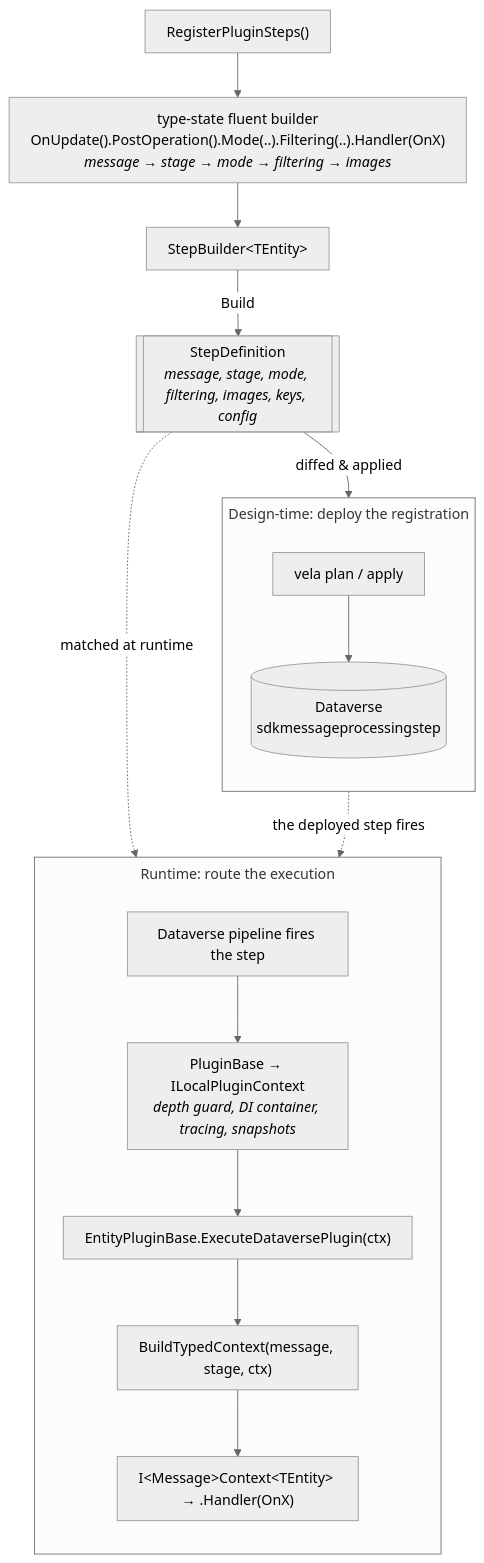
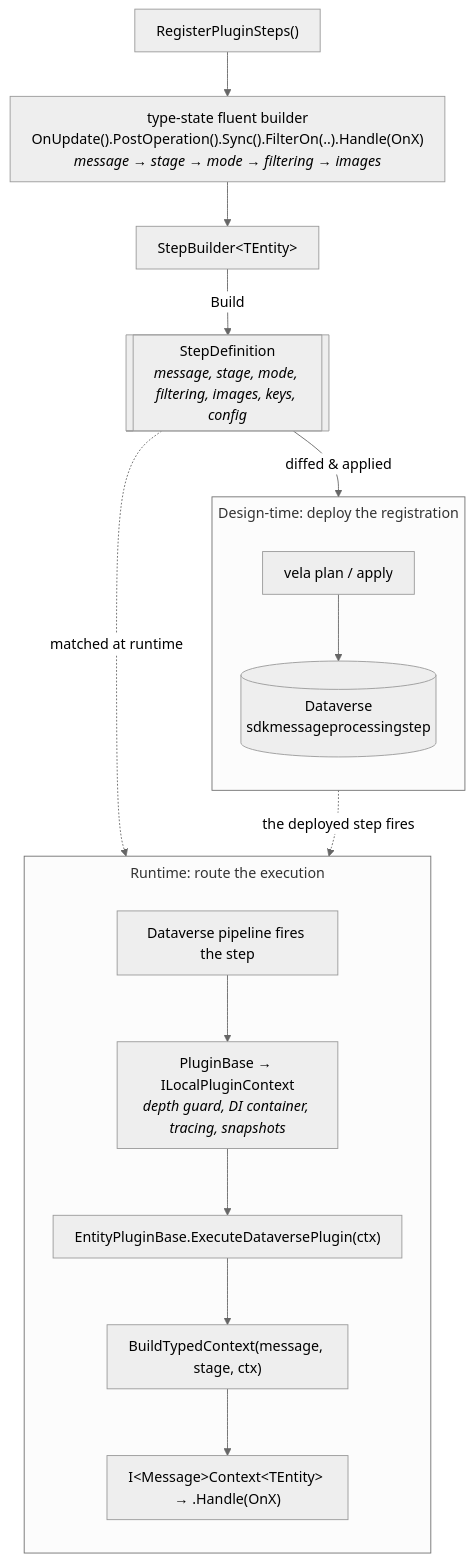
Before and after one commit to allandecastro/vela: the diagram in docs/advanced/architecture.md, drawn with Mermaid (neutral theme). The commit also changed other lines of this file and 103 other files, not shown here.

First line of the commit message:
Redesign the plugin step builder: RegisterStep()....Handle() (#222)

````diff
--- a/docs/advanced/architecture.md
+++ b/docs/advanced/architecture.md
@@ -49,31 +49,31 @@
 ```mermaid
 %%{init: {"flowchart": {"subGraphTitleMargin": {"top": 6, "bottom": 18}, "nodeSpacing": 45, "rankSpacing": 50, "padding": 12}}}%%
 flowchart TB
     A["RegisterPluginSteps()"]
-    B["type-state fluent builder<br/>OnUpdate().PostOperation().Mode(..).Filtering(..).Handler(OnX)<br/><i>message → stage → mode → filtering → images</i>"]
+    B["type-state fluent builder<br/>OnUpdate().PostOperation().Sync().FilterOn(..).Handle(OnX)<br/><i>message → stage → mode → filtering → images</i>"]
     C["StepBuilder&lt;TEntity&gt;"]
     SD[["StepDefinition<br/><i>message, stage, mode, filtering, images, keys, config</i>"]]
     A --> B --> C
     C -->|Build| SD
 
     subgraph deploy ["Design-time: deploy the registration"]
         direction TB
         E["vela plan / apply"]
         F[("Dataverse<br/>sdkmessageprocessingstep")]
         E --> F
     end
 
     subgraph runtime ["Runtime: route the execution"]
         direction TB
         G["Dataverse pipeline fires the step"]
         I["PluginBase → ILocalPluginContext<br/><i>depth guard, DI container, tracing, snapshots</i>"]
         K["EntityPluginBase.ExecuteDataversePlugin(ctx)"]
         L["BuildTypedContext(message, stage, ctx)"]
-        N["I&lt;Message&gt;Context&lt;TEntity&gt; → .Handler(OnX)"]
+        N["I&lt;Message&gt;Context&lt;TEntity&gt; → .Handle(OnX)"]
         G --> I --> K --> L --> N
     end
 
     SD -->|diffed & applied| E
     SD -. "matched at runtime" .-> K
     F -. "the deployed step fires" .-> G
 ```
````
